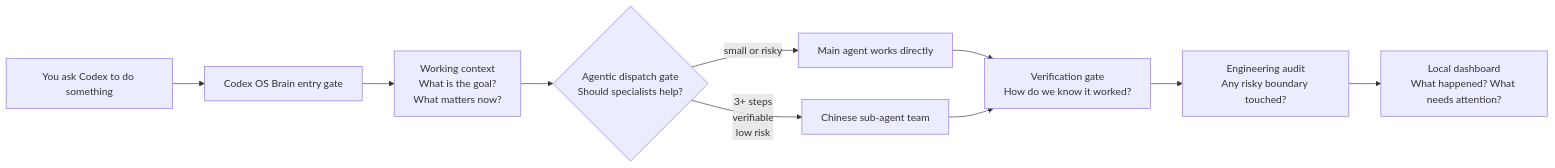
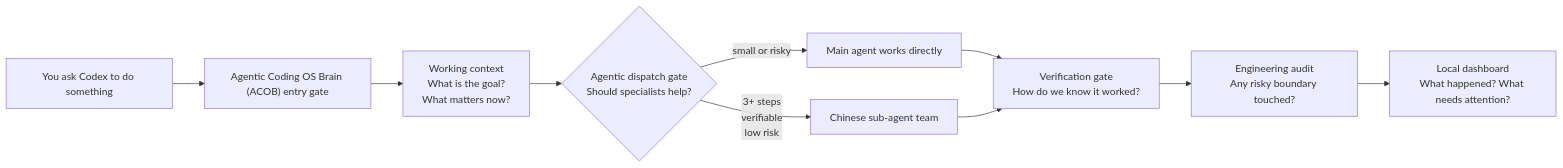
Before and after one commit to liuanye9-lab/codex-os-brain: the first of 3 diagrams in README.md, drawn with Mermaid. The commit also changed other lines of this file and 19 other files, not shown here.

Commit message:
Rename to ACOB and expand agentic dispatch

````diff
--- a/README.md
+++ b/README.md
@@ -40,12 +40,12 @@
 ```mermaid
 flowchart LR
-  A["You ask Codex to do something"] --> B["Codex OS Brain entry gate"]
+  A["You ask Codex to do something"] --> B["Agentic Coding OS Brain (ACOB) entry gate"]
   B --> C["Working context\nWhat is the goal?\nWhat matters now?"]
   C --> D{"Agentic dispatch gate\nShould specialists help?"}
   D -->|"small or risky"| E["Main agent works directly"]
   D -->|"3+ steps\nverifiable\nlow risk"| F["Chinese sub-agent team"]
   E --> G["Verification gate\nHow do we know it worked?"]
   F --> G
   G --> H["Engineering audit\nAny risky boundary touched?"]
   H --> I["Local dashboard\nWhat happened? What needs attention?"]
 ```
````
